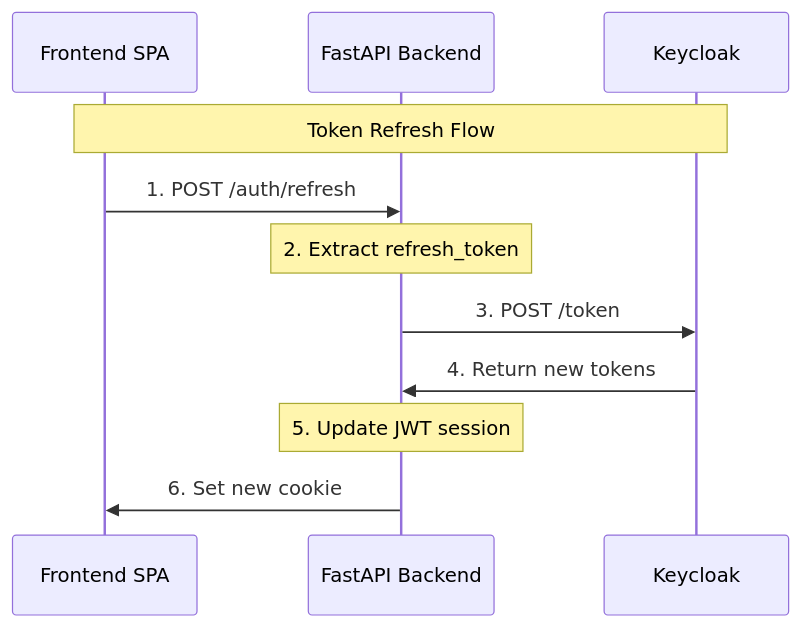
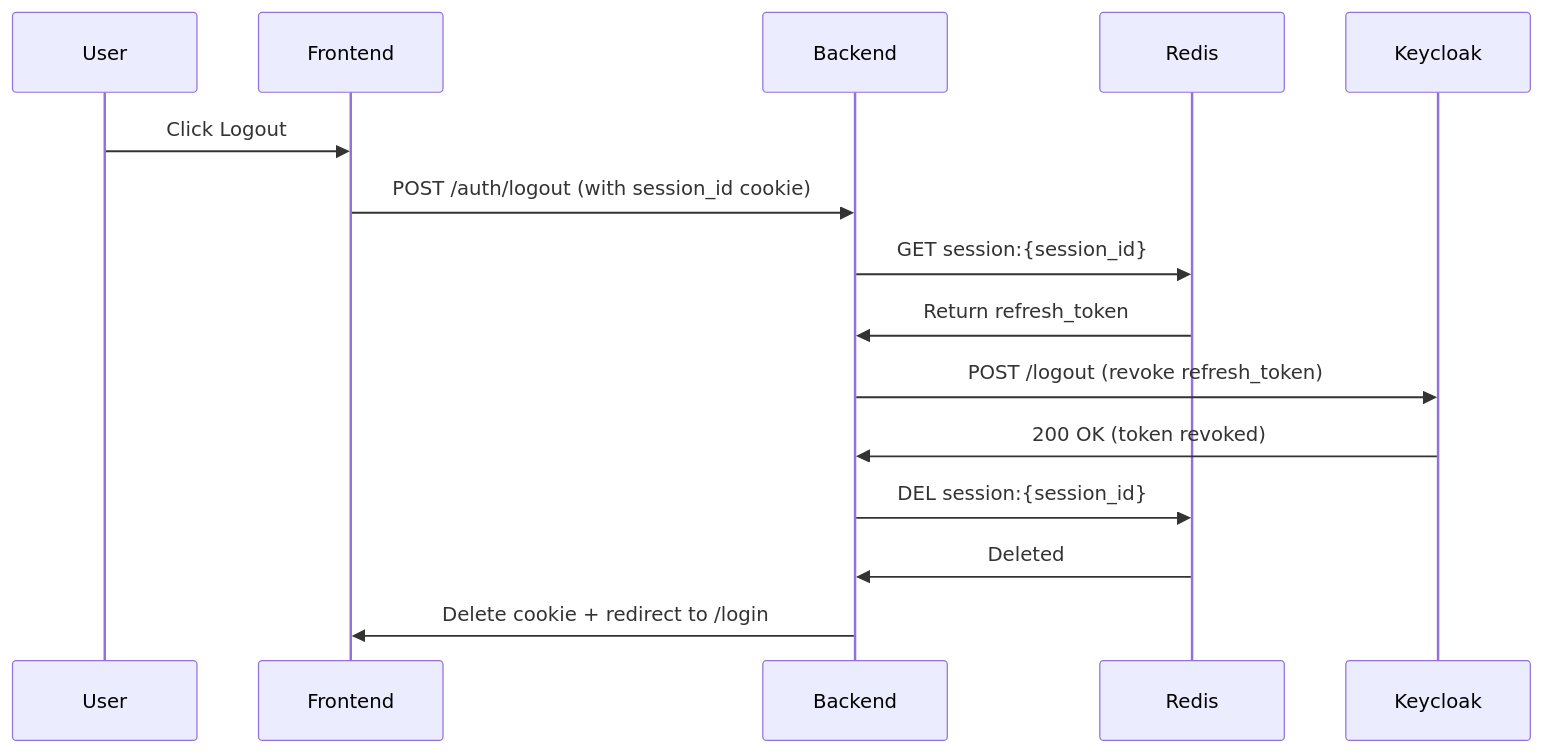
Before and after one commit to manishk-variyas/oauth2.0POC: the third of 4 diagrams in docs/auth-flow.md, drawn with Mermaid. The commit also changed other lines of this file and 7 other files, not shown here.

Commit message:
added redis based session management

````diff
--- a/docs/auth-flow.md
+++ b/docs/auth-flow.md
@@ -650,15 +547,22 @@
 ```mermaid
 sequenceDiagram
-    participant Frontend as Frontend SPA
-    participant Backend as FastAPI Backend
+    participant User as User
+    participant Frontend as Frontend
+    participant Backend as Backend
+    participant Redis as Redis
     participant Keycloak as Keycloak
 
-    Note over Frontend,Keycloak: Token Refresh Flow
-
-    Frontend->>Backend: 1. POST /auth/refresh
-    Note over Backend: 2. Extract refresh_token
-    Backend->>Keycloak: 3. POST /token
-    Keycloak->>Backend: 4. Return new tokens
-    Note over Backend: 5. Update JWT session
-    Backend->>Frontend: 6. Set new cookie
+    User->>Frontend: Click Logout
+    Frontend->>Backend: POST /auth/logout (with session_id cookie)
+    
+    Backend->>Redis: GET session:{session_id}
+    Redis->>Backend: Return refresh_token
+    
+    Backend->>Keycloak: POST /logout (revoke refresh_token)
+    Keycloak->>Backend: 200 OK (token revoked)
+    
+    Backend->>Redis: DEL session:{session_id}
+    Redis->>Backend: Deleted
+    
+    Backend->>Frontend: Delete cookie + redirect to /login
 ```
````
